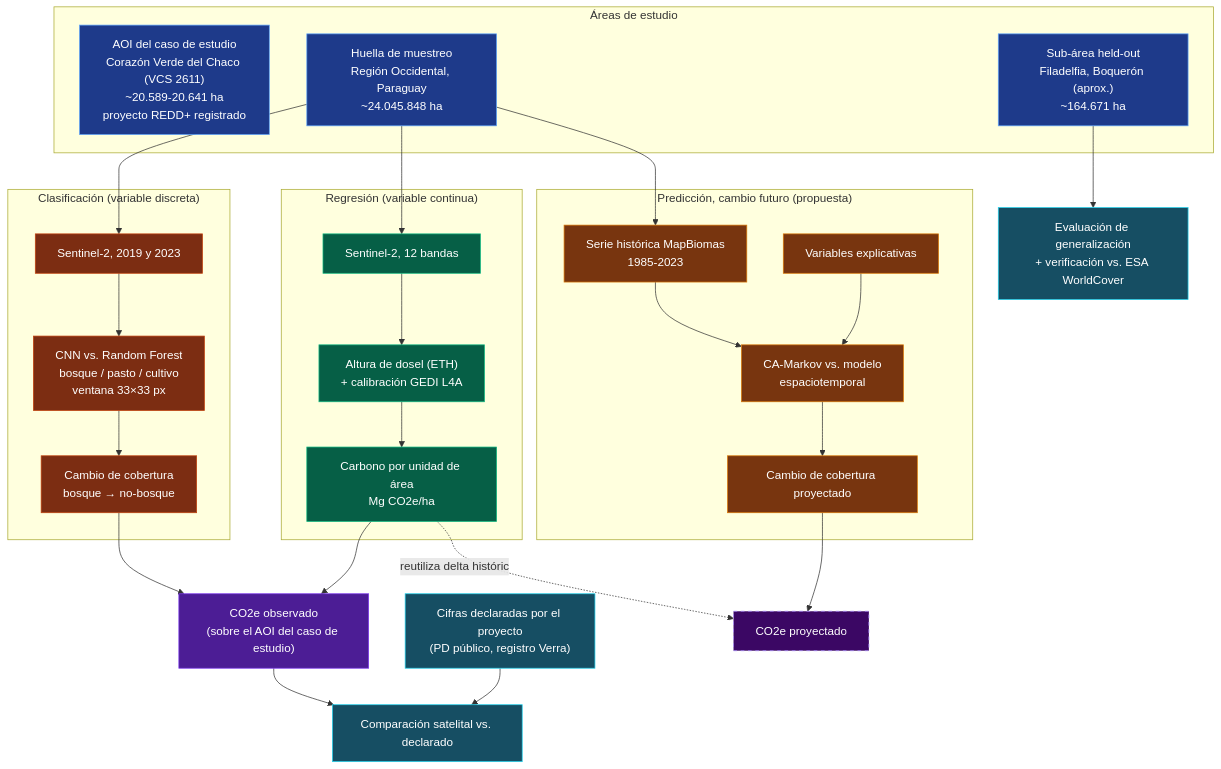
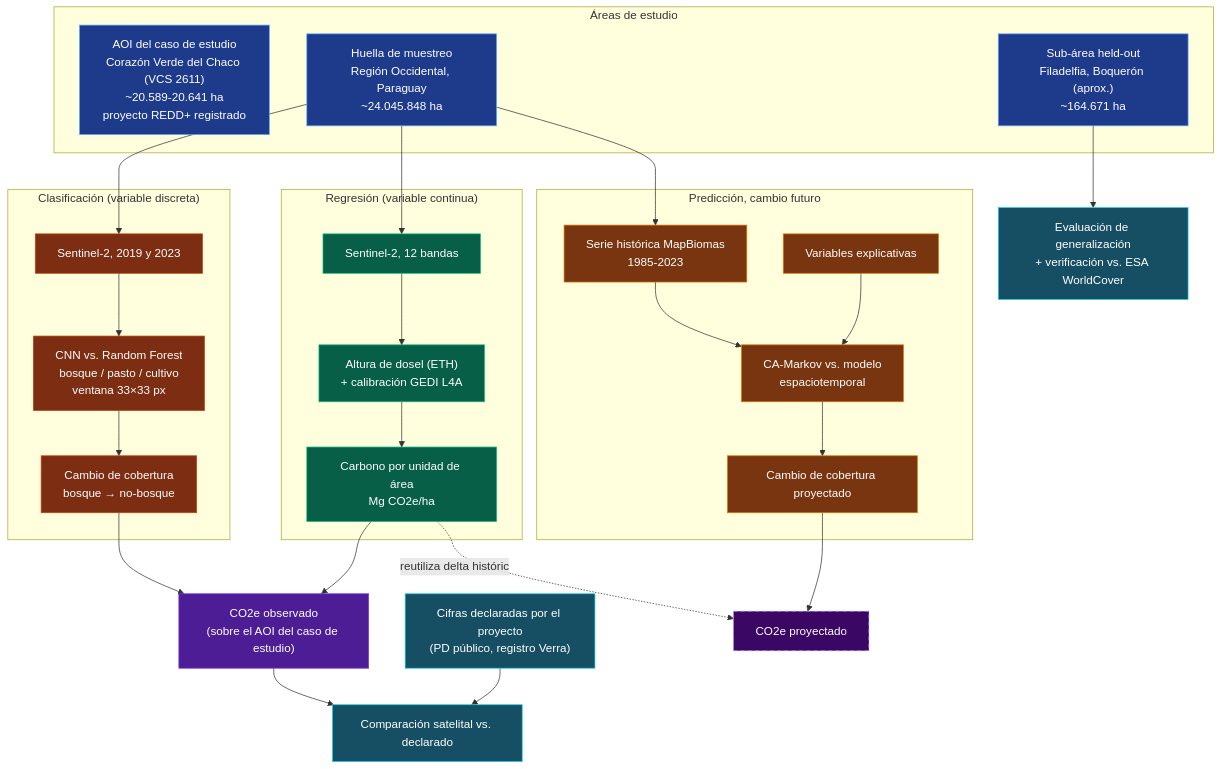
Before and after one commit to hugolo27/marta: the diagram in docs/METODOLOGIA_PIPELINE.md, drawn with Mermaid. The commit also changed other lines of this file and 6 other files, not shown here.

````diff
--- a/docs/METODOLOGIA_PIPELINE.md
+++ b/docs/METODOLOGIA_PIPELINE.md
@@ -10,69 +10,69 @@
 ```mermaid
 flowchart TD
     subgraph AOIS["Áreas de estudio"]
         AOI_CASO["AOI del caso de estudio<br/>Corazón Verde del Chaco (VCS 2611)<br/>~20.589-20.641 ha<br/>proyecto REDD+ registrado"]
         FOOTPRINT["Huella de muestreo<br/>Región Occidental, Paraguay<br/>~24.045.848 ha"]
         HELDOUT["Sub-área held-out<br/>Filadelfia, Boquerón (aprox.)<br/>~164.671 ha"]
     end
 
     subgraph CLASS["Clasificación (variable discreta)"]
         S2A["Sentinel-2, 2019 y 2023"]
         CNNRF["CNN vs. Random Forest<br/>bosque / pasto / cultivo<br/>ventana 33×33 px"]
         CHANGE["Cambio de cobertura<br/>bosque → no-bosque"]
         S2A --> CNNRF --> CHANGE
     end
 
     subgraph REGR["Regresión (variable continua)"]
         S2B["Sentinel-2, 12 bandas"]
         ETHGEDI["Altura de dosel (ETH)<br/>+ calibración GEDI L4A"]
         CARBONPIX["Carbono por unidad de área<br/>Mg CO2e/ha"]
         S2B --> ETHGEDI --> CARBONPIX
     end
 
     FOOTPRINT --> S2A
     FOOTPRINT --> S2B
 
     DELTA["CO2e observado<br/>(sobre el AOI del caso de estudio)"]
     CHANGE --> DELTA
     CARBONPIX --> DELTA
 
     PDD["Cifras declaradas por el proyecto<br/>(PD público, registro Verra)"]
     AUDIT["Comparación satelital vs. declarado"]
     DELTA --> AUDIT
     PDD --> AUDIT
 
-    subgraph PRED["Predicción, cambio futuro (propuesta)"]
+    subgraph PRED["Predicción, cambio futuro"]
         HIST["Serie histórica MapBiomas<br/>1985-2023"]
         DRIVERS["Variables explicativas"]
         MARKOVDL["CA-Markov vs. modelo<br/>espaciotemporal"]
         FUTURECHANGE["Cambio de cobertura proyectado"]
         HIST --> MARKOVDL
         DRIVERS --> MARKOVDL
         MARKOVDL --> FUTURECHANGE
     end
 
     FOOTPRINT --> HIST
 
     FUTUREDELTA["CO2e proyectado"]
     FUTURECHANGE --> FUTUREDELTA
     CARBONPIX -.reutiliza delta histórico.-> FUTUREDELTA
 
     EVALGEN["Evaluación de generalización<br/>+ verificación vs. ESA WorldCover"]
     HELDOUT --> EVALGEN
 
     classDef aoi fill:#1e3a8a,stroke:#60a5fa,color:#fff
     classDef classif fill:#7c2d12,stroke:#c2410c,color:#fff
     classDef regress fill:#065f46,stroke:#10b981,color:#fff
     classDef merge fill:#4c1d95,stroke:#7c3aed,color:#fff
     classDef predict fill:#78350f,stroke:#d97706,color:#fff
     classDef futuremerge fill:#3b0764,stroke:#a78bfa,color:#fff,stroke-dasharray: 5 5
     classDef audit fill:#164e63,stroke:#22d3ee,color:#fff
 
     class AOI_CASO,FOOTPRINT,HELDOUT aoi
     class S2A,CNNRF,CHANGE classif
     class S2B,ETHGEDI,CARBONPIX regress
     class DELTA merge
     class HIST,DRIVERS,MARKOVDL,FUTURECHANGE predict
     class FUTUREDELTA futuremerge
     class AUDIT,EVALGEN,PDD audit
 ```
````
